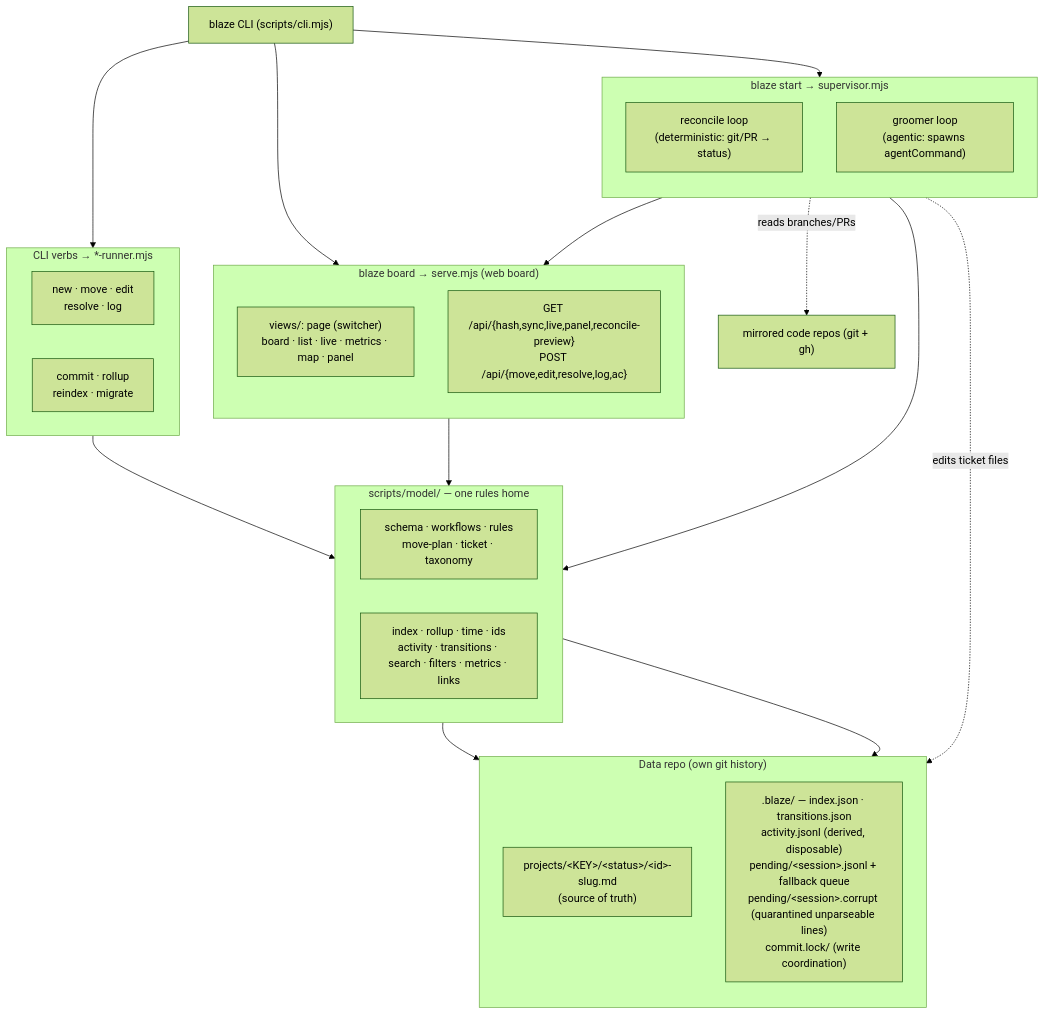
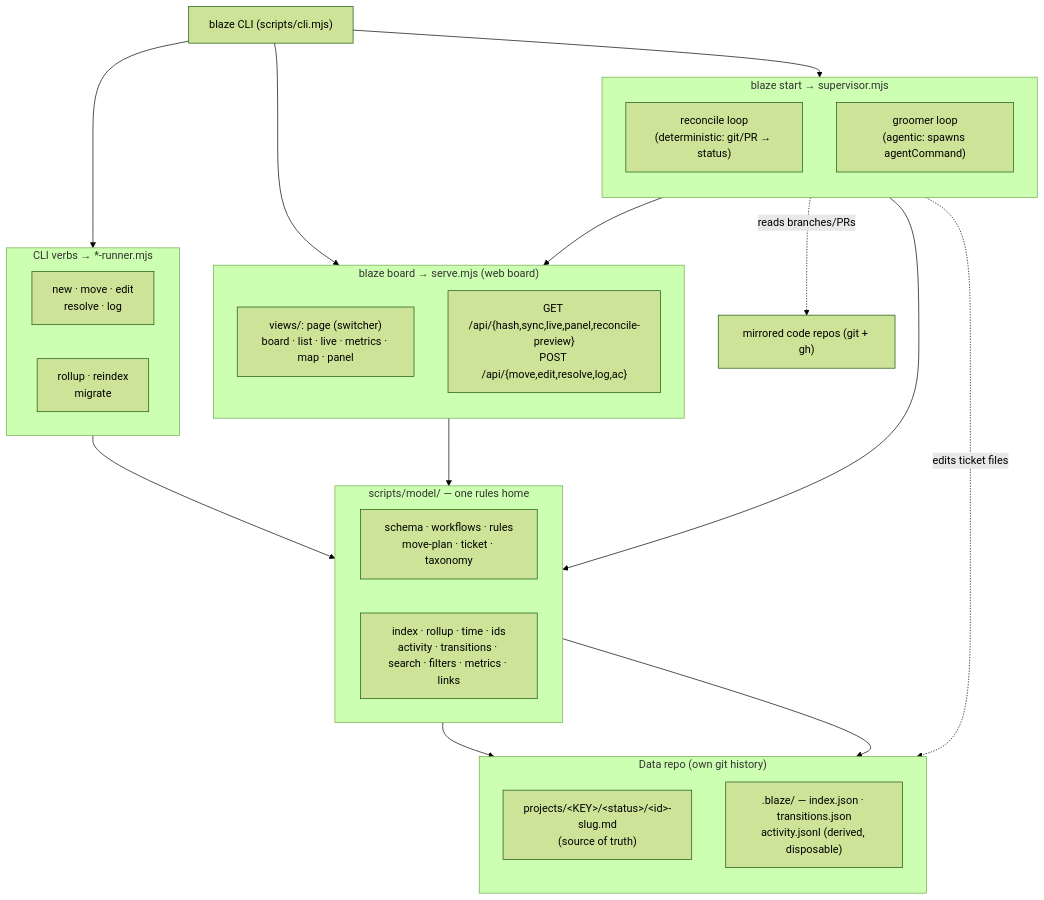
The first of 4 diagrams in docs/architecture.md (hjr15/blaze), drawn with Mermaid (forest theme) before and after one commit. The commit also changed other lines of this file and 141 other files, not shown here.

````diff
--- a/docs/architecture.md
+++ b/docs/architecture.md
@@ -27,47 +27,47 @@
 ```mermaid
 flowchart TB
     CLI["blaze CLI (scripts/cli.mjs)"]
 
     subgraph Runners["CLI verbs → *-runner.mjs"]
         direction LR
         R1["new · move · edit<br/>resolve · log"]
-        R2["commit · rollup<br/>reindex · migrate"]
+        R2["rollup · reindex<br/>migrate"]
     end
 
     subgraph Sup["blaze start → supervisor.mjs"]
         direction TB
         Rec["reconcile loop<br/>(deterministic: git/PR → status)"]
         Groom["groomer loop<br/>(agentic: spawns agentCommand)"]
     end
 
     subgraph Board["blaze board → serve.mjs (web board)"]
         direction TB
         Views["views/: page (switcher)<br/>board · list · live · metrics · map · panel"]
         API["GET /api/{hash,sync,live,panel,reconcile-preview}<br/>POST /api/{move,edit,resolve,log,ac}"]
     end
 
     subgraph Model["scripts/model/ — one rules home"]
         direction LR
         M1["schema · workflows · rules<br/>move-plan · ticket · taxonomy"]
         M2["index · rollup · time · ids<br/>activity · transitions · search · filters · metrics · links"]
     end
 
     subgraph Data["Data repo (own git history)"]
         direction TB
         Files["projects/&lt;KEY&gt;/&lt;status&gt;/&lt;id&gt;-slug.md<br/>(source of truth)"]
-        Caches[".blaze/ — index.json · transitions.json<br/>activity.jsonl (derived, disposable)<br/>pending/&lt;session&gt;.jsonl + fallback queue<br/>pending/&lt;session&gt;.corrupt (quarantined unparseable lines)<br/>commit.lock/ (write coordination)"]
+        Caches[".blaze/ — index.json · transitions.json<br/>activity.jsonl (derived, disposable)"]
     end
 
     CLI --> Runners
     CLI --> Sup
     CLI --> Board
     Sup --> Board
 
     Runners --> Model
     Rec --> Model
     Board --> Model
     Model --> Files
     Model --> Caches
     Rec -. reads branches/PRs .-> Ext["mirrored code repos (git + gh)"]
     Groom -. edits ticket files .-> Files
 ```
````
